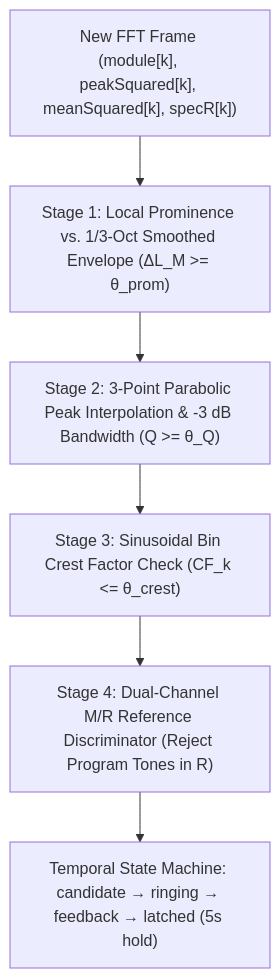
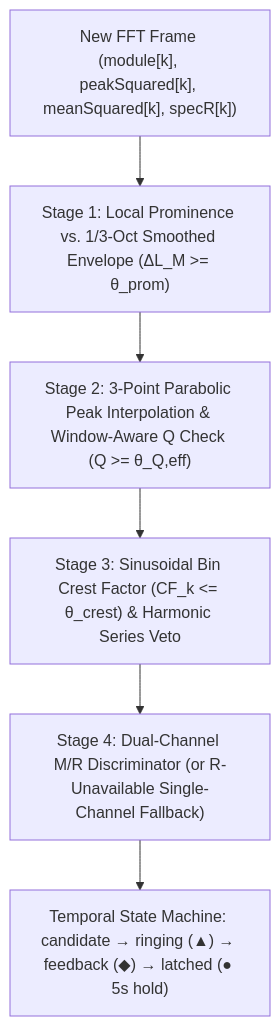
Before and after one commit to mkruisselbrink/WebSoundTools: the diagram in docs/07-feedback-detection-design.md, drawn with Mermaid. The commit also changed other lines of this file and 1 other file, not shown here.

Commit message:
docs: address design review feedback in SPL history and feedback detection specs

````diff
--- a/docs/07-feedback-detection-design.md
+++ b/docs/07-feedback-detection-design.md
@@ -23,9 +23,9 @@
 ```mermaid
 flowchart TD
   Frame["New FFT Frame (module[k], peakSquared[k], meanSquared[k], specR[k])"] --> Stage1
   Stage1["Stage 1: Local Prominence vs. 1/3-Oct Smoothed Envelope (ΔL_M >= θ_prom)"] --> Stage2
-  Stage2["Stage 2: 3-Point Parabolic Peak Interpolation & -3 dB Bandwidth (Q >= θ_Q)"] --> Stage3
-  Stage3["Stage 3: Sinusoidal Bin Crest Factor Check (CF_k <= θ_crest)"] --> Stage4
-  Stage4["Stage 4: Dual-Channel M/R Reference Discriminator (Reject Program Tones in R)"] --> Tracker
-  Tracker["Temporal State Machine: candidate → ringing → feedback → latched (5s hold)"]
+  Stage2["Stage 2: 3-Point Parabolic Peak Interpolation & Window-Aware Q Check (Q >= θ_Q,eff)"] --> Stage3
+  Stage3["Stage 3: Sinusoidal Bin Crest Factor (CF_k <= θ_crest) & Harmonic Series Veto"] --> Stage4
+  Stage4["Stage 4: Dual-Channel M/R Discriminator (or R-Unavailable Single-Channel Fallback)"] --> Tracker
+  Tracker["Temporal State Machine: candidate → ringing (▲) → feedback (◆) → latched (● 5s hold)"]
 ```
````
